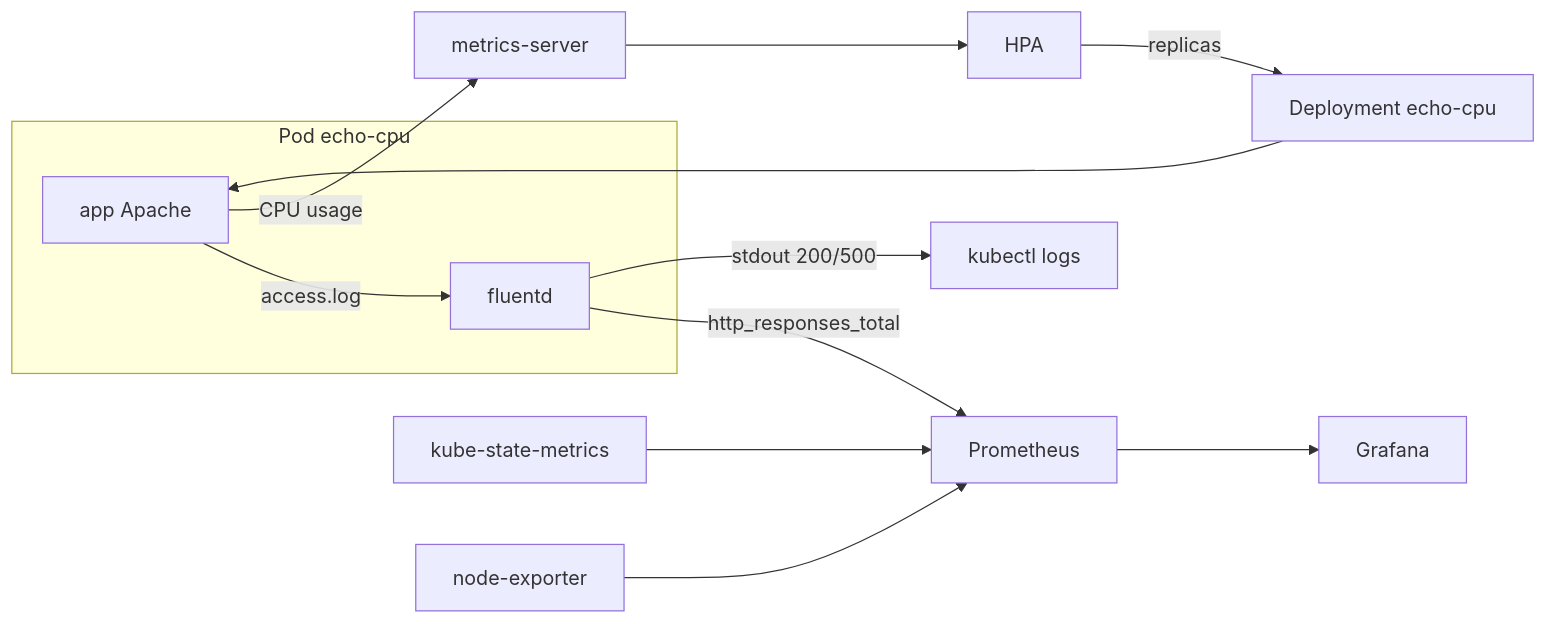
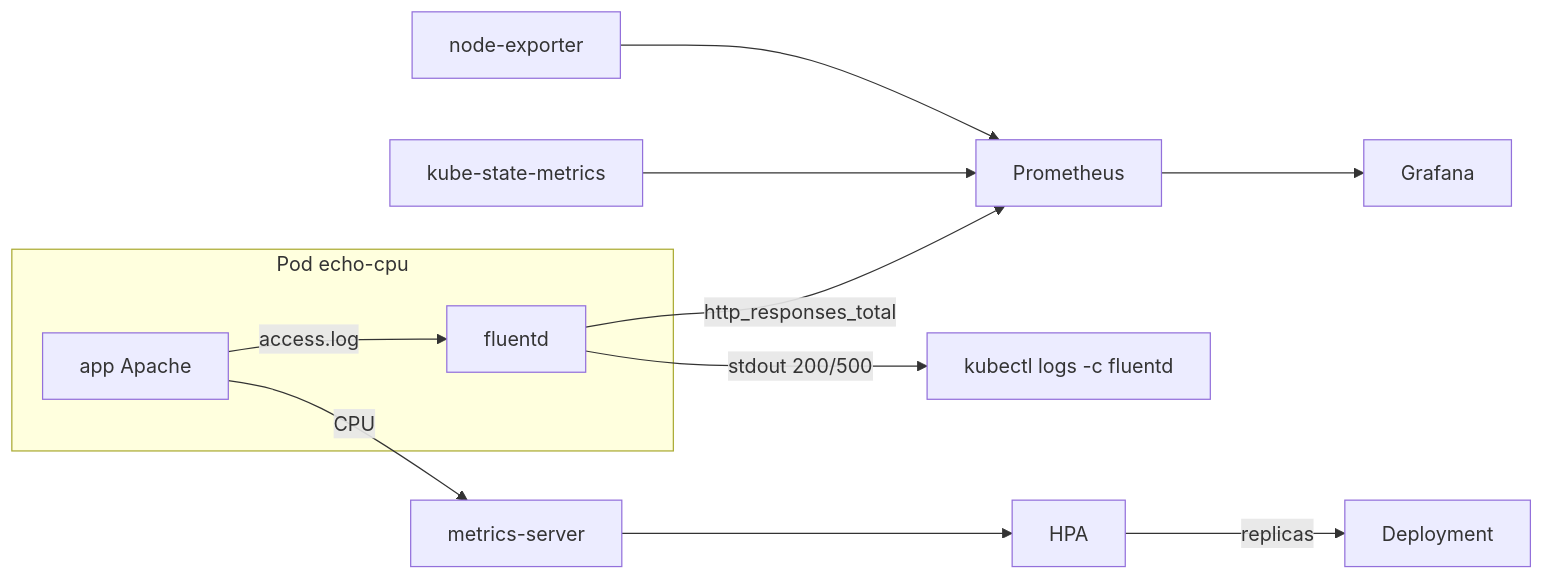
The third of 4 diagrams in AWS/LoadTestLab/architecture.md (SeongSuKim95/Kubernetes-Practice), drawn with Mermaid before and after one commit. The commit also changed other lines of this file and 1 other file, not shown here.

````diff
--- a/AWS/LoadTestLab/architecture.md
+++ b/AWS/LoadTestLab/architecture.md
@@ -372,19 +365,18 @@
 ```mermaid
 flowchart LR
   subgraph pod["Pod echo-cpu"]
     A["app Apache"]
     F["fluentd"]
   end
   A -->|access.log| F
   F -->|http_responses_total| P["Prometheus"]
-  F -->|stdout 200/500| K["kubectl logs"]
+  F -->|stdout 200/500| K["kubectl logs -c fluentd"]
 
-  A -->|CPU usage| M["metrics-server"]
+  A -->|CPU| M["metrics-server"]
   M --> H["HPA"]
-  H -->|replicas| D["Deployment echo-cpu"]
-  D --> A
+  H -->|replicas| D["Deployment"]
 
   KS["kube-state-metrics"] --> P
   NE["node-exporter"] --> P
   P --> G["Grafana"]
 ```
````
